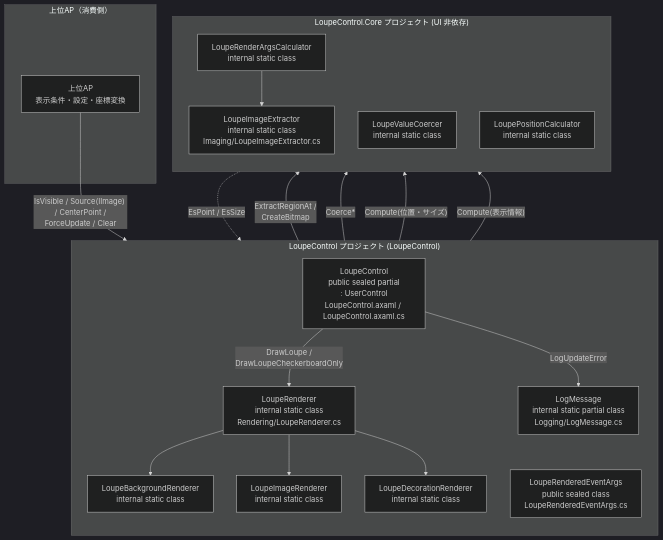
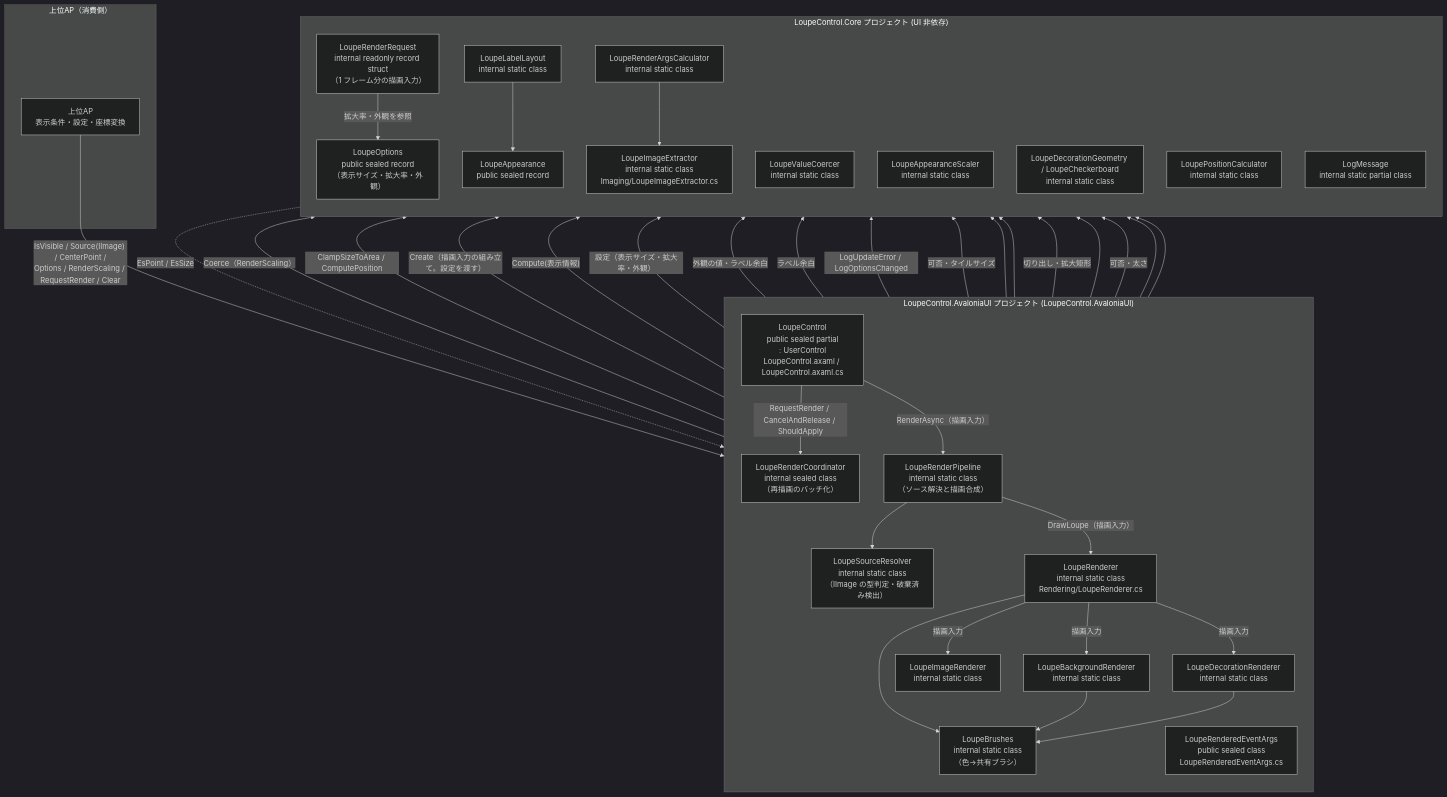
Before and after one commit to tomokuni/SaveEvidence: the first of 2 diagrams in src/LoupeControl.AvaloniaUI/SPEC_System.md, drawn with Mermaid (dark theme). The commit also changed other lines of this file and 122 other files, not shown here.

````diff
--- a/src/LoupeControl.AvaloniaUI/SPEC_System.md
+++ b/src/LoupeControl.AvaloniaUI/SPEC_System.md
@@ -87,36 +91,65 @@
 ```mermaid
 flowchart TB
     subgraph Host["上位AP（消費側）"]
         AP["上位AP<br/>表示条件・設定・座標変換"]
     end
-    subgraph LC["LoupeControl プロジェクト (LoupeControl)"]
+    subgraph LC["LoupeControl.AvaloniaUI プロジェクト (LoupeControl.AvaloniaUI)"]
         direction TB
         Ctl["LoupeControl<br/>public sealed partial<br/>: UserControl<br/>LoupeControl.axaml / LoupeControl.axaml.cs"]
+        Coh["LoupeRenderCoordinator<br/>internal sealed class<br/>（再描画のバッチ化）"]
+        Pip["LoupeRenderPipeline<br/>internal static class<br/>（ソース解決と描画合成）"]
+        Src["LoupeSourceResolver<br/>internal static class<br/>（IImage の型判定・破棄済み検出）"]
         Rdr["LoupeRenderer<br/>internal static class<br/>Rendering/LoupeRenderer.cs"]
+        Brs["LoupeBrushes<br/>internal static class<br/>（色→共有ブラシ）"]
         Bg["LoupeBackgroundRenderer<br/>internal static class"]
         Img["LoupeImageRenderer<br/>internal static class"]
         Dec["LoupeDecorationRenderer<br/>internal static class"]
         Evt["LoupeRenderedEventArgs<br/>public sealed class<br/>LoupeRenderedEventArgs.cs"]
-        Log["LogMessage<br/>internal static partial class<br/>Logging/LogMessage.cs"]
     end
     subgraph Core["LoupeControl.Core プロジェクト (UI 非依存)"]
         direction TB
+        Opt["LoupeOptions<br/>public sealed record<br/>（表示サイズ・拡大率・外観）"]
+        Req["LoupeRenderRequest<br/>internal readonly record struct<br/>（1 フレーム分の描画入力）"]
+        App["LoupeAppearance<br/>public sealed record"]
         Ext["LoupeImageExtractor<br/>internal static class<br/>Imaging/LoupeImageExtractor.cs"]
         Coerce["LoupeValueCoercer<br/>internal static class"]
+        Scale["LoupeAppearanceScaler<br/>internal static class"]
+        Geo["LoupeDecorationGeometry / LoupeCheckerboard<br/>internal static class"]
+        Lay["LoupeLabelLayout<br/>internal static class"]
         Pos["LoupePositionCalculator<br/>internal static class"]
         Args["LoupeRenderArgsCalculator<br/>internal static class"]
+        Log["LogMessage<br/>internal static partial class"]
     end
 
-    AP -->|"IsVisible / Source(IImage) / CenterPoint /<br/>ForceUpdate / Clear"| Ctl
-    Ctl -->|"DrawLoupe /<br/>DrawLoupeCheckerboardOnly"| Rdr
-    Ctl -->|"ExtractRegionAt /<br/>CreateBitmap"| Ext
-    Ctl -->|"Coerce*"| Coerce
-    Ctl -->|"Compute(位置・サイズ)"| Pos
+    AP -->|"IsVisible / Source(IImage) / CenterPoint /<br/>Options / RenderScaling / RequestRender / Clear"| Ctl
+    Ctl -->|"RequestRender / CancelAndRelease / ShouldApply"| Coh
+    Ctl -->|"RenderAsync（描画入力）"| Pip
+    Pip --> Src
+    Pip -->|"DrawLoupe（描画入力）"| Rdr
+    Ctl -->|"Coerce（RenderScaling）"| Coerce
+    Ctl -->|"ClampSizeToArea / ComputePosition"| Pos
+    Ctl -->|"Create（描画入力の組み立て。設定を渡す）"| Req
     Ctl -->|"Compute(表示情報)"| Args
-    Ctl -->|"LogUpdateError"| Log
+    Ctl -->|"設定（表示サイズ・拡大率・外観）"| Opt
+    Ctl -->|"外観の値・ラベル余白"| App
+    Ctl -->|"ラベル余白"| Lay
+    Ctl -->|"LogUpdateError / LogOptionsChanged"| Log
+    Req -->|"拡大率・外観を参照"| Opt
+    Rdr -->|"描画入力"| Bg
+    Rdr -->|"描画入力"| Img
+    Rdr -->|"描画入力"| Dec
+    Rdr --> Brs
+    Bg --> Brs
+    Dec --> Brs
+    Bg -->|"可否・タイルサイズ"| App
+    Bg --> Scale
+    Bg --> Geo
+    Img -->|"切り出し・拡大矩形"| Ext
+    Img --> Req
+    Dec -->|"可否・太さ"| App
+    Dec --> Scale
+    Dec --> Geo
+    Lay --> App
     Args --> Ext
     Ext -.->|"EsPoint / EsSize"| Ctl
-    Rdr --> Bg
-    Rdr --> Img
-    Rdr --> Dec
 ```
````
